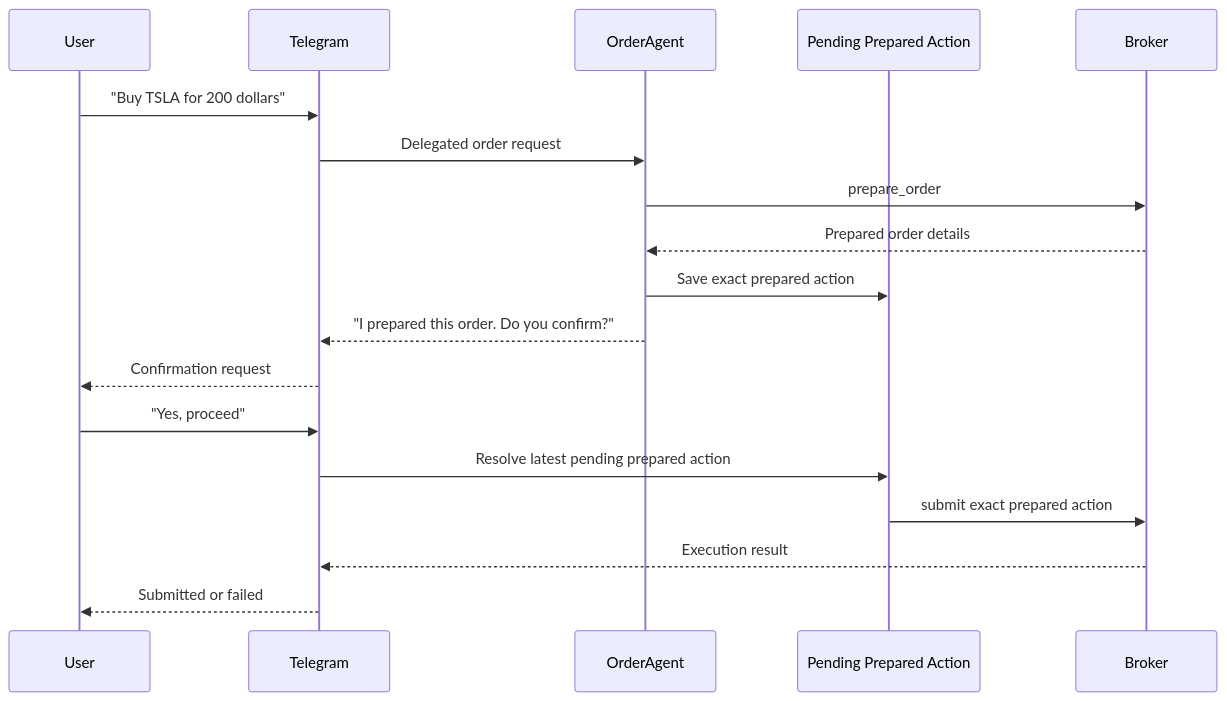
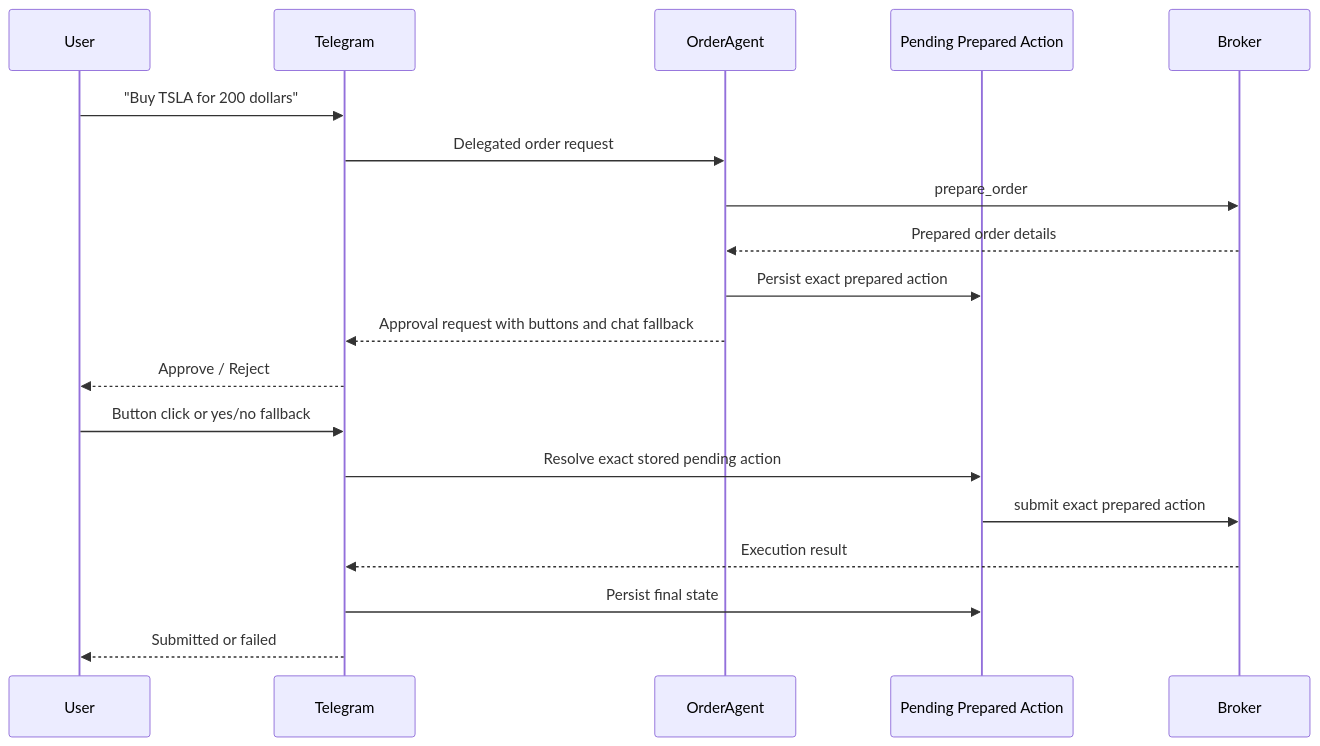
One commit to applebar17/T212AI changed the seventh of 9 diagrams in docs/ARCHITECTURE_DIAGRAMS.md. Above: the diagram before and after it, drawn with Mermaid. The commit also changed other lines of this file and 1 other file, not shown here.

````diff
--- a/docs/ARCHITECTURE_DIAGRAMS.md
+++ b/docs/ARCHITECTURE_DIAGRAMS.md
@@ -143,21 +155,22 @@
 ```mermaid
 sequenceDiagram
     participant User
     participant Telegram
     participant OrderAgent
     participant PendingAction as Pending Prepared Action
     participant Broker
 
     User->>Telegram: "Buy TSLA for 200 dollars"
     Telegram->>OrderAgent: Delegated order request
     OrderAgent->>Broker: prepare_order
     Broker-->>OrderAgent: Prepared order details
-    OrderAgent->>PendingAction: Save exact prepared action
-    OrderAgent-->>Telegram: "I prepared this order. Do you confirm?"
-    Telegram-->>User: Confirmation request
-    User->>Telegram: "Yes, proceed"
-    Telegram->>PendingAction: Resolve latest pending prepared action
+    OrderAgent->>PendingAction: Persist exact prepared action
+    OrderAgent-->>Telegram: Approval request with buttons and chat fallback
+    Telegram-->>User: Approve / Reject
+    User->>Telegram: Button click or yes/no fallback
+    Telegram->>PendingAction: Resolve exact stored pending action
     PendingAction->>Broker: submit exact prepared action
     Broker-->>Telegram: Execution result
+    Telegram->>PendingAction: Persist final state
     Telegram-->>User: Submitted or failed
 ```
````
